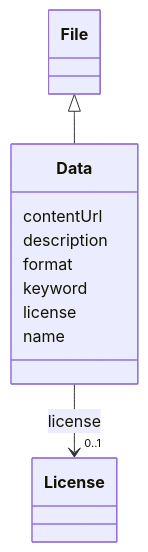
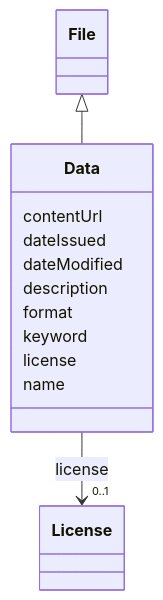
The diagram in models/docs/Data.md (EVORA-project/evora-ontology), drawn with Mermaid before and after one commit. The commit also changed other lines of this file and 377 other files, not shown here.

````diff
--- a/models/docs/Data.md
+++ b/models/docs/Data.md
@@ -19,28 +19,32 @@
 ```mermaid
  classDiagram
     class Data
     click Data href "../Data"
       File <|-- Data
         click File href "../File"
       
       Data : contentUrl
+        
+      Data : dateIssued
+        
+      Data : dateModified
         
       Data : description
         
       Data : format
         
       Data : keyword
         
       Data : license
         
           
     
     
     Data --> "0..1" License : license
     click License href "../License"
 
         
       Data : name
         
       
 ```
````
